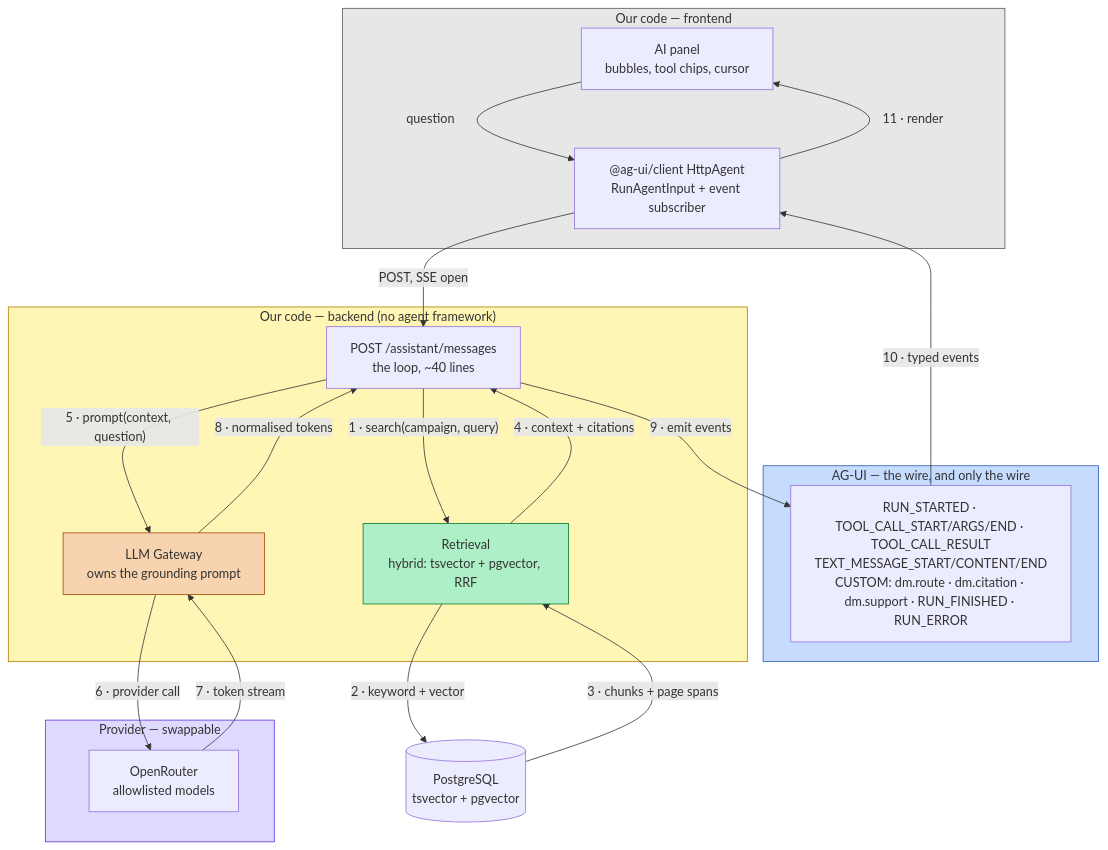
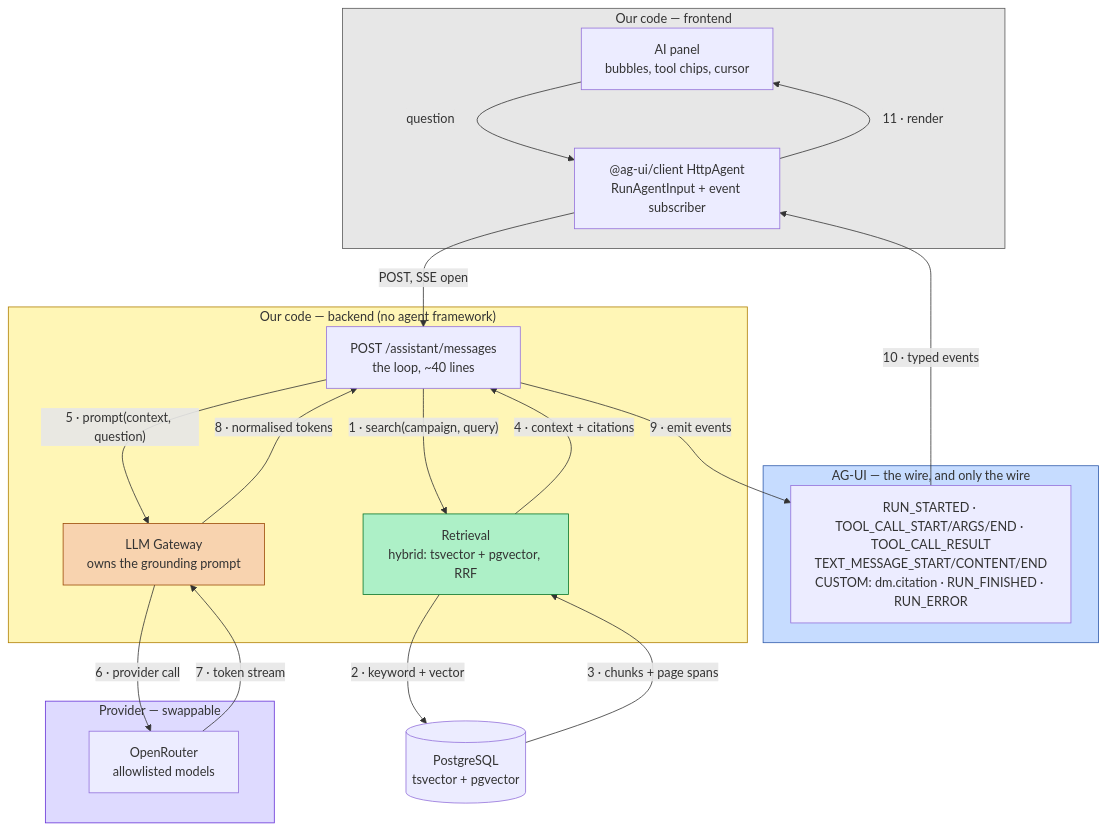
The fourth of 4 diagrams in docs/architecture.md (PiotrMieszczak/Quillbert), drawn with Mermaid before and after one commit. The commit also changed other lines of this file and 12 other files, not shown here.

````diff
--- a/docs/architecture.md
+++ b/docs/architecture.md
@@ -208,44 +206,44 @@
 ```mermaid
 flowchart TB
     subgraph OURS_FE["Our code — frontend"]
         UI["AI panel<br/>bubbles, tool chips, cursor"]
         HOOK["@ag-ui/client HttpAgent<br/>RunAgentInput + event subscriber"]
     end
 
     subgraph PROTO["AG-UI — the wire, and only the wire"]
-        EV["RUN_STARTED · TOOL_CALL_START/ARGS/END · TOOL_CALL_RESULT<br/>TEXT_MESSAGE_START/CONTENT/END<br/>CUSTOM: dm.route · dm.citation · dm.support · RUN_FINISHED · RUN_ERROR"]
+        EV["RUN_STARTED · TOOL_CALL_START/ARGS/END · TOOL_CALL_RESULT<br/>TEXT_MESSAGE_START/CONTENT/END<br/>CUSTOM: dm.citation · RUN_FINISHED · RUN_ERROR"]
     end
 
     subgraph OURS_BE["Our code — backend (no agent framework)"]
         EP["POST /assistant/messages<br/>the loop, ~40 lines"]
         RET["Retrieval<br/>hybrid: tsvector + pgvector, RRF"]
         GW["LLM Gateway<br/>owns the grounding prompt"]
     end
 
     subgraph EXT["Provider — swappable"]
         PROV["OpenRouter<br/>allowlisted models"]
     end
 
     DB[("PostgreSQL<br/>tsvector + pgvector")]
 
     UI -->|"question"| HOOK
     HOOK -->|"POST, SSE open"| EP
     EP -->|"1 · search(campaign, query)"| RET
     RET -->|"2 · keyword + vector"| DB
     DB -->|"3 · chunks + page spans"| RET
     RET -->|"4 · context + citations"| EP
     EP -->|"5 · prompt(context, question)"| GW
     GW -->|"6 · provider call"| PROV
     PROV -->|"7 · token stream"| GW
     GW -->|"8 · normalised tokens"| EP
     EP -->|"9 · emit events"| EV
     EV -->|"10 · typed events"| HOOK
     HOOK -->|"11 · render"| UI
 
     style PROTO fill:#c6dcff,stroke:#305bab
     style OURS_BE fill:#fff6b6,stroke:#af7e02
     style OURS_FE fill:#e7e7e7,stroke:#595959
     style EXT fill:#dedaff,stroke:#6631d7
     style GW fill:#f8d3af,stroke:#9b4a07
     style RET fill:#adf0c7,stroke:#087429
 ```
````
